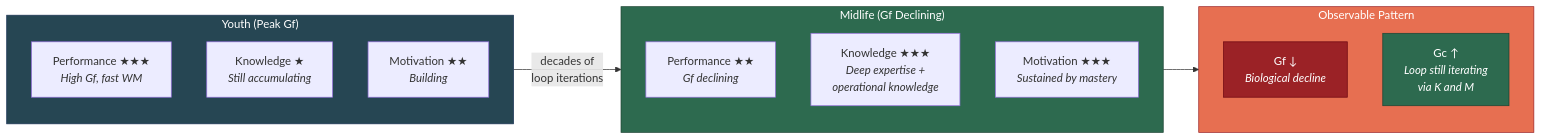
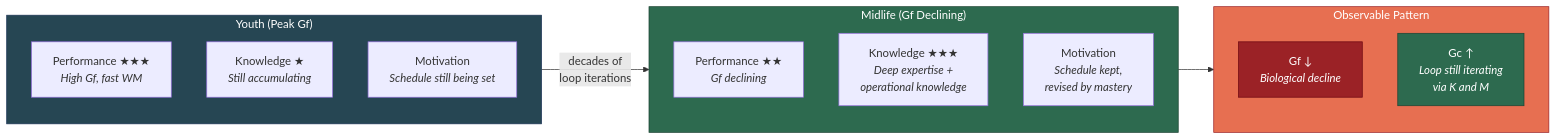
Before and after one commit to JeltzProstetnic/aIware: the diagram in wiki/intelligence/gf-gc-divergence.md, drawn with Mermaid. The commit also changed other lines of this file and 124 other files, not shown here.

````diff
--- a/wiki/intelligence/gf-gc-divergence.md
+++ b/wiki/intelligence/gf-gc-divergence.md
@@ -39,31 +41,31 @@
 ```mermaid
 graph LR
     subgraph YOUTH["Youth (Peak Gf)"]
         direction TB
         YP["Performance ★★★<br/><i>High Gf, fast WM</i>"]
         YK["Knowledge ★<br/><i>Still accumulating</i>"]
-        YM["Motivation ★★<br/><i>Building</i>"]
+        YM["Motivation<br/><i>Schedule still being set</i>"]
     end
 
     subgraph MIDLIFE["Midlife (Gf Declining)"]
         direction TB
         MP["Performance ★★<br/><i>Gf declining</i>"]
         MK["Knowledge ★★★<br/><i>Deep expertise +<br/>operational knowledge</i>"]
-        MM["Motivation ★★★<br/><i>Sustained by mastery</i>"]
+        MM["Motivation<br/><i>Schedule kept,<br/>revised by mastery</i>"]
     end
 
     subgraph RESULT["Observable Pattern"]
         direction TB
         GF["Gf ↓<br/><i>Biological decline</i>"]
         GC["Gc ↑<br/><i>Loop still iterating<br/>via K and M</i>"]
     end
 
     YOUTH -->|"decades of<br/>loop iterations"| MIDLIFE
     MIDLIFE --> RESULT
 
     style YOUTH fill:#264653,color:#fff,stroke:#1d3557
     style MIDLIFE fill:#2d6a4f,color:#fff,stroke:#1b4332
     style RESULT fill:#e76f51,color:#fff,stroke:#9b2226
     style GF fill:#9b2226,color:#fff,stroke:#6a040f
     style GC fill:#2d6a4f,color:#fff,stroke:#1b4332
 ```
````
